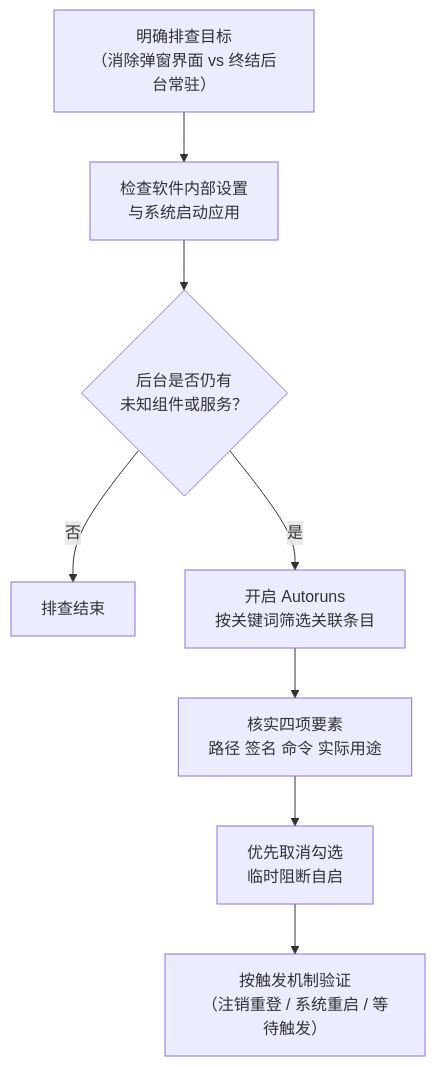
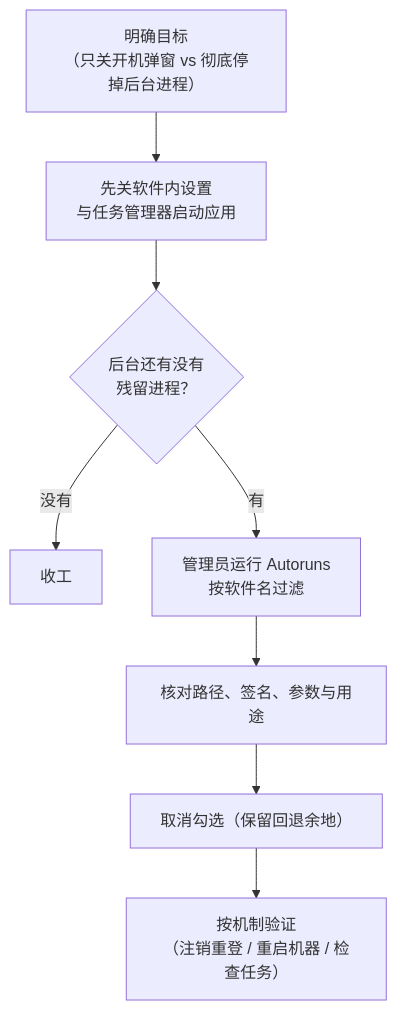
Before and after one commit to Sanjeever/boundless: the diagram in docs/posts/2026/10/29-windows-startup-management.md, drawn with Mermaid. The commit also changed other lines of this file and 56 other files, not shown here.

````diff
--- a/docs/posts/2026/10/29-windows-startup-management.md
+++ b/docs/posts/2026/10/29-windows-startup-management.md
@@ -173,10 +152,10 @@
 ```mermaid
 flowchart TD
-    A["明确排查目标<br/>（消除弹窗界面 vs 终结后台常驻）"] --> B["检查软件内部设置<br/>与系统启动应用"]
-    B --> C{"后台是否仍有<br/>未知组件或服务？"}
-    C -- 否 --> D["排查结束"]
-    C -- 是 --> E["开启 Autoruns<br/>按关键词筛选关联条目"]
-    E --> F["核实四项要素<br/>路径 签名 命令 实际用途"]
-    F --> G["优先取消勾选<br/>临时阻断自启"]
-    G --> H["按触发机制验证<br/>（注销重登 / 系统重启 / 等待触发）"]
+    A["明确目标<br/>（只关开机弹窗 vs 彻底停掉后台进程）"] --> B["先关软件内设置<br/>与任务管理器启动应用"]
+    B --> C{"后台还有没有<br/>残留进程？"}
+    C -- 没有 --> D["收工"]
+    C -- 有 --> E["管理员运行 Autoruns<br/>按软件名过滤"]
+    E --> F["核对路径、签名、参数与用途"]
+    F --> G["取消勾选（保留回退余地）"]
+    G --> H["按机制验证<br/>（注销重登 / 重启机器 / 检查任务）"]
 ```
````
